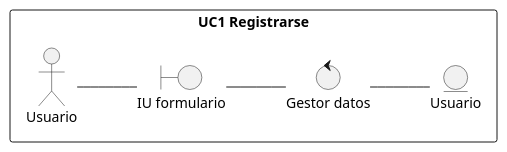
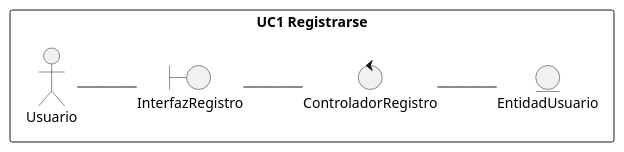
The diagram in docs/scenariosView/diagramas-de-analisis/DA1.plantuml (RolandoU548/Plataforma-Digital-IS), drawn with PlantUML before and after one commit. The commit also changed 15 other files, not shown here.

Commit message:
diagrama de clases de analisis

```diff
--- a/docs/scenariosView/diagramas-de-analisis/DA1.plantuml
+++ b/docs/scenariosView/diagramas-de-analisis/DA1.plantuml
@@ -1,30 +1,30 @@
-@startuml r11
+@startuml DA1
 /'
     Crear el diagrama de clases de análisis y de colaboración de los casos de uso prioritarios del proyecto.
 
     Para conseguir el diagrama de clases seguir los siguientes pasos:
 
     1. Identificar las clases Entidad (Modelo)
     2. Identificar las clases Interfaz (Vista)
     3. Identificar las clases Control (Controlador)
     4. Identificar las relaciones entre estas clases
     
     Este diagrama debe ser específico de un caso de uso y las clases deben ser representadas con sus estereotipos.
     
     Para conseguir el diagrama de colaboración, identifique las relaciones (enlaces) entre los objetos y los requerimientos (mensajes) sobre cada objeto involucrado en la descripción del caso de uso.
 '/
 left to right direction
 
 rectangle "UC1 Registrarse"{
     actor Usuario 
-    entity Usuario as e1
-    boundary "IU formulario" as i1
-    control "Gestor datos" as c1
+    entity "EntidadUsuario" as e1
+    boundary "InterfazRegistro" as i1
+    control "ControladorRegistro" as c1
 }
 Usuario -- i1
 i1 -- c1
 c1 -- e1
 
 
 
 @enduml
```
